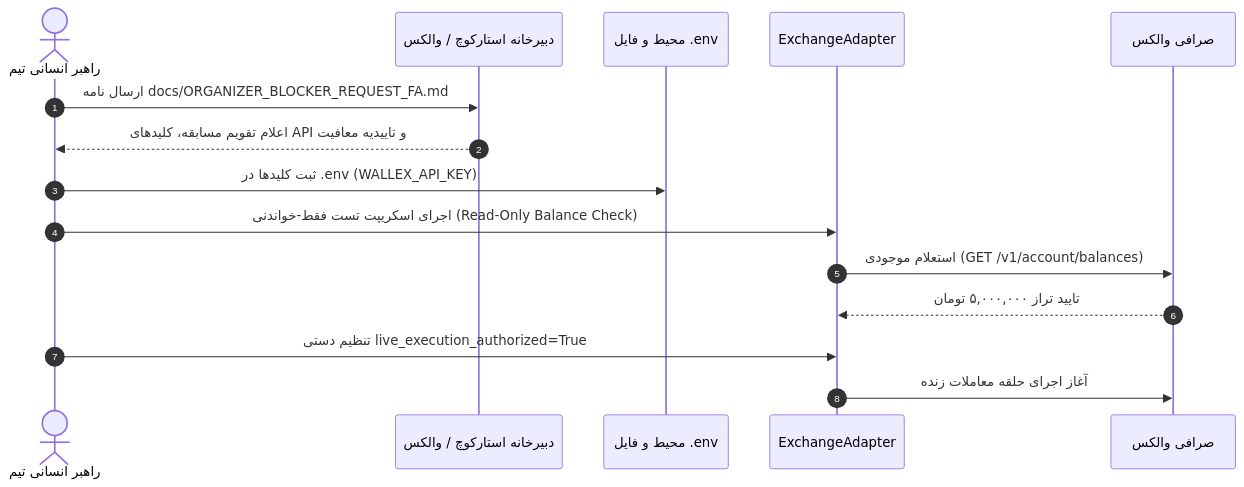
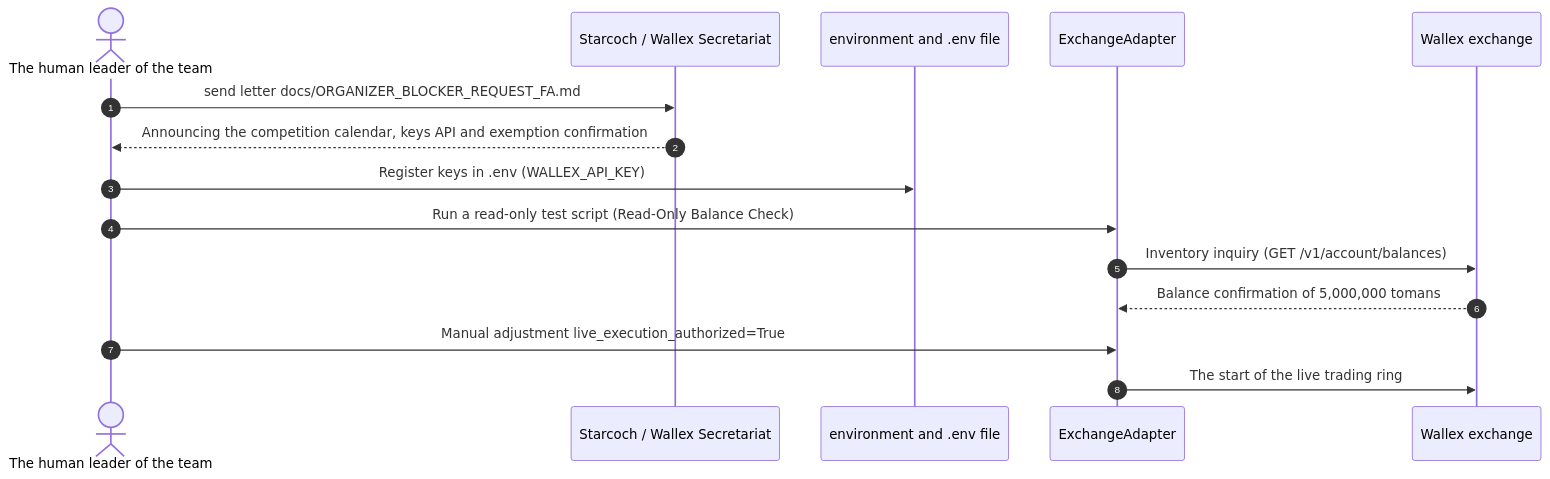
The second of 2 diagrams in docs/PHASE17_FINAL_READINESS.md (AliFazelniya/wallextrade), drawn with Mermaid before and after one commit. The commit also changed other lines of this file and 81 other files, not shown here.

Commit message:
Enhance Wallex API documentation, improve trading algorithms with volatility adjustments, add Kaufman's Efficiency Ratio indicator, and create AI video generation prompts for Starcoach Hackathon.

````diff
--- a/docs/PHASE17_FINAL_READINESS.md
+++ b/docs/PHASE17_FINAL_READINESS.md
@@ -87,18 +87,18 @@
 ```mermaid
 sequenceDiagram
     autonumber
-    actor Operator as راهبر انسانی تیم
-    participant Organizer as دبیرخانه استارکوچ / والکس
-    participant Env as محیط و فایل .env
+    actor Operator as The human leader of the team
+    participant Organizer as Starcoch / Wallex Secretariat
+participant Env as environment and .env file
     participant Adapter as ExchangeAdapter
-    participant Market as صرافی والکس
+    participant Market as Wallex exchange
 
-    Operator->>Organizer: ارسال نامه docs/ORGANIZER_BLOCKER_REQUEST_FA.md
-    Organizer-->>Operator: اعلام تقویم مسابقه، کلیدهای API و تاییدیه معافیت
-    Operator->>Env: ثبت کلیدها در .env (WALLEX_API_KEY)
-    Operator->>Adapter: اجرای اسکریپت تست فقط-خواندنی (Read-Only Balance Check)
-    Adapter->>Market: استعلام موجودی (GET /v1/account/balances)
-    Market-->>Adapter: تایید تراز ۵,۰۰۰,۰۰۰ تومان
-    Operator->>Adapter: تنظیم دستی live_execution_authorized=True
-    Adapter->>Market: آغاز اجرای حلقه معاملات زنده
+    Operator->>Organizer: send letter docs/ORGANIZER_BLOCKER_REQUEST_FA.md
+    Organizer-->>Operator: Announcing the competition calendar, keys API and exemption confirmation
+    Operator->>Env: Register keys in .env (WALLEX_API_KEY)
+    Operator->>Adapter: Run a read-only test script (Read-Only Balance Check)
+    Adapter->>Market: Inventory inquiry (GET /v1/account/balances)
+    Market-->>Adapter: Balance confirmation of 5,000,000 tomans
+    Operator->>Adapter: Manual adjustment live_execution_authorized=True
+    Adapter->>Market: The start of the live trading ring
 ```
````
